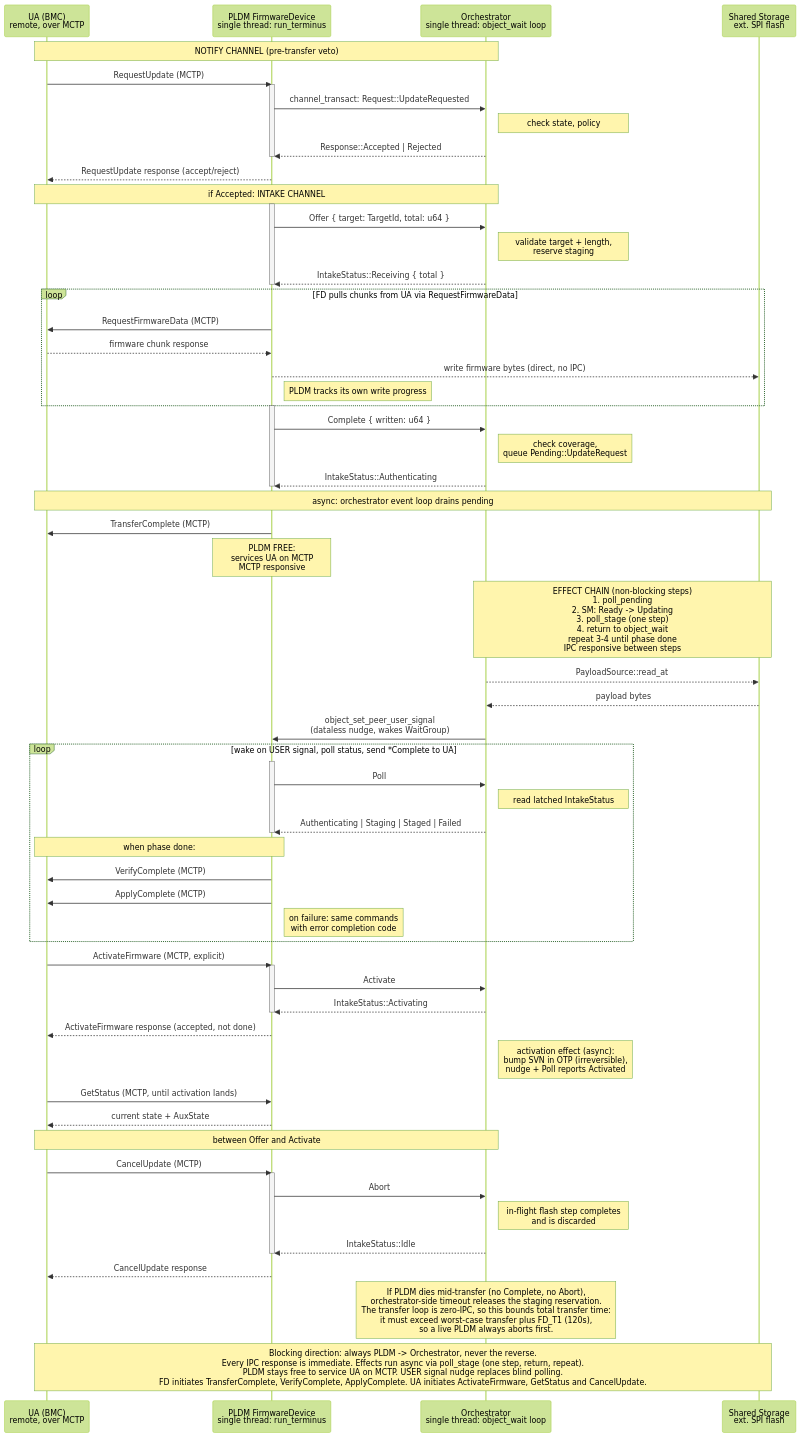
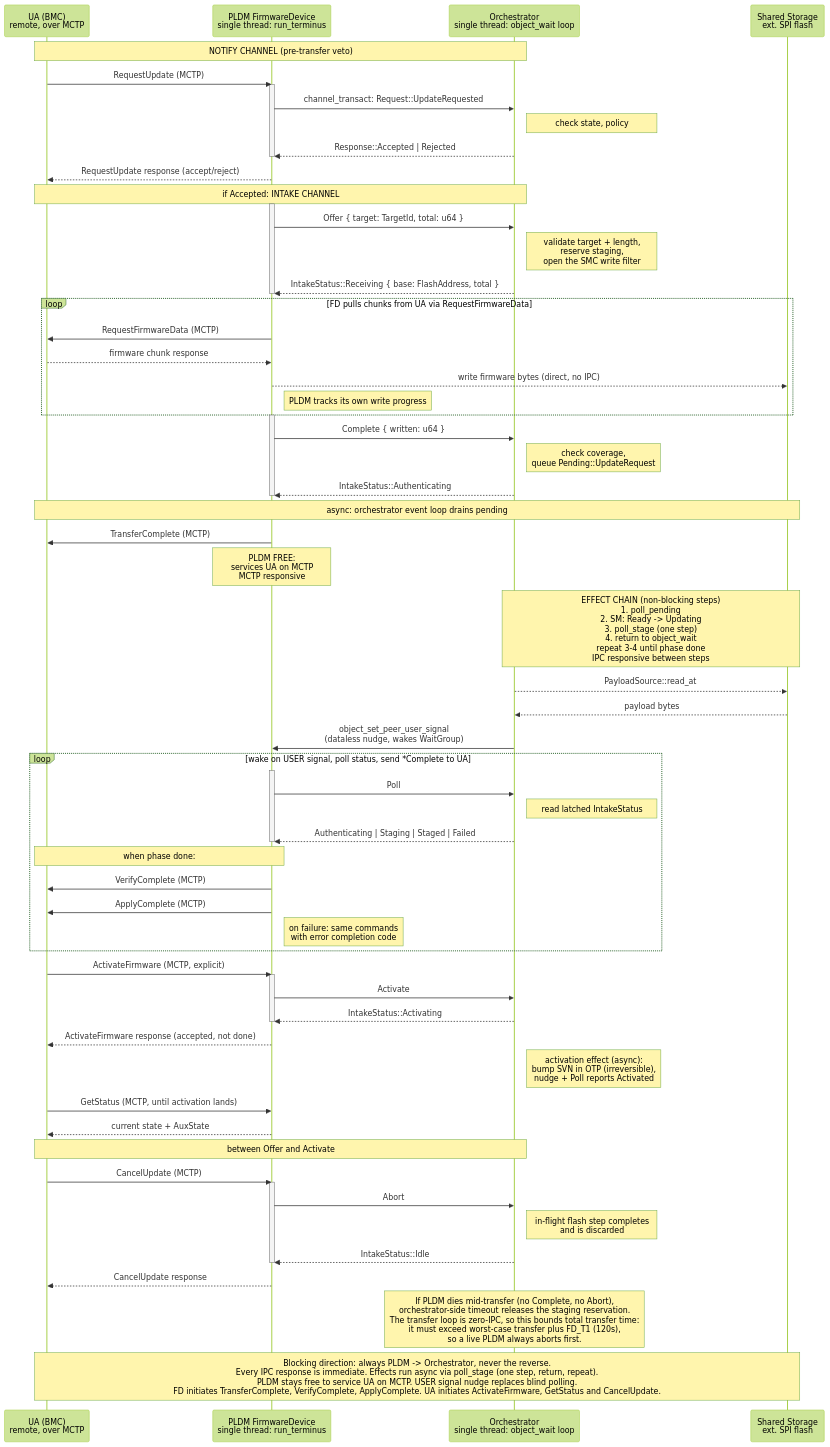
Before and after one commit to 9elements/openprot: the diagram in docs/src/design/orchestrator/pldm-orchestrator-ipc.md, drawn with Mermaid (forest theme). The commit also changed other lines of this file, not shown here.

First line of the commit message:
docs: Receiving carries the staging base, sharpen the PLDM-death question

```diff
--- a/docs/src/design/orchestrator/pldm-orchestrator-ipc.md
+++ b/docs/src/design/orchestrator/pldm-orchestrator-ipc.md
@@ -57,8 +61,8 @@
 
     activate PLDM
     PLDM->>Orch: Offer { target: TargetId, total: u64 }
-    Note right of Orch: validate target + length,<br/>reserve staging
-    Orch-->>PLDM: IntakeStatus::Receiving { total }
+    Note right of Orch: validate target + length,<br/>reserve staging,<br/>open the SMC write filter
+    Orch-->>PLDM: IntakeStatus::Receiving { base: FlashAddress, total }
     deactivate PLDM
 
     loop FD pulls chunks from UA via RequestFirmwareData
```
